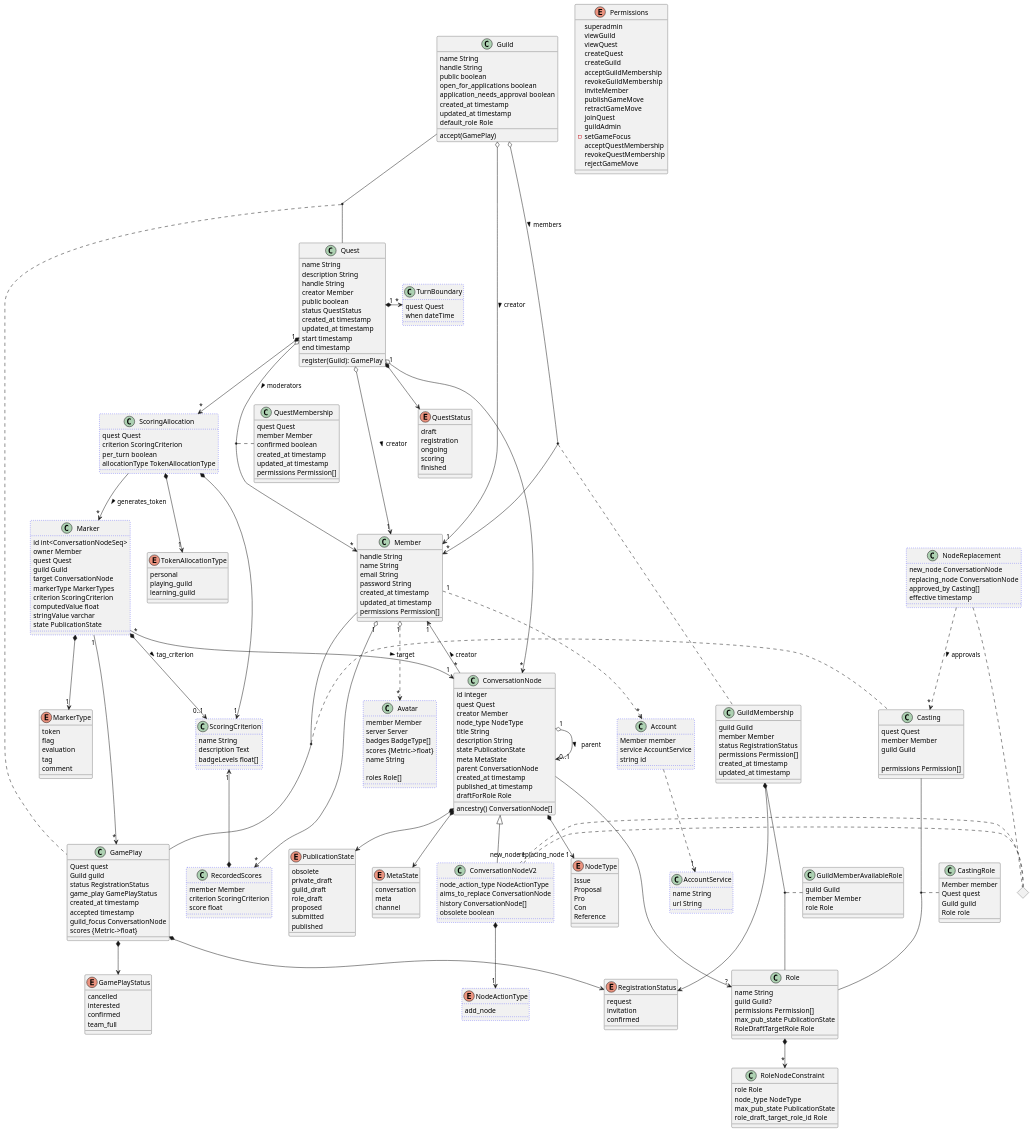
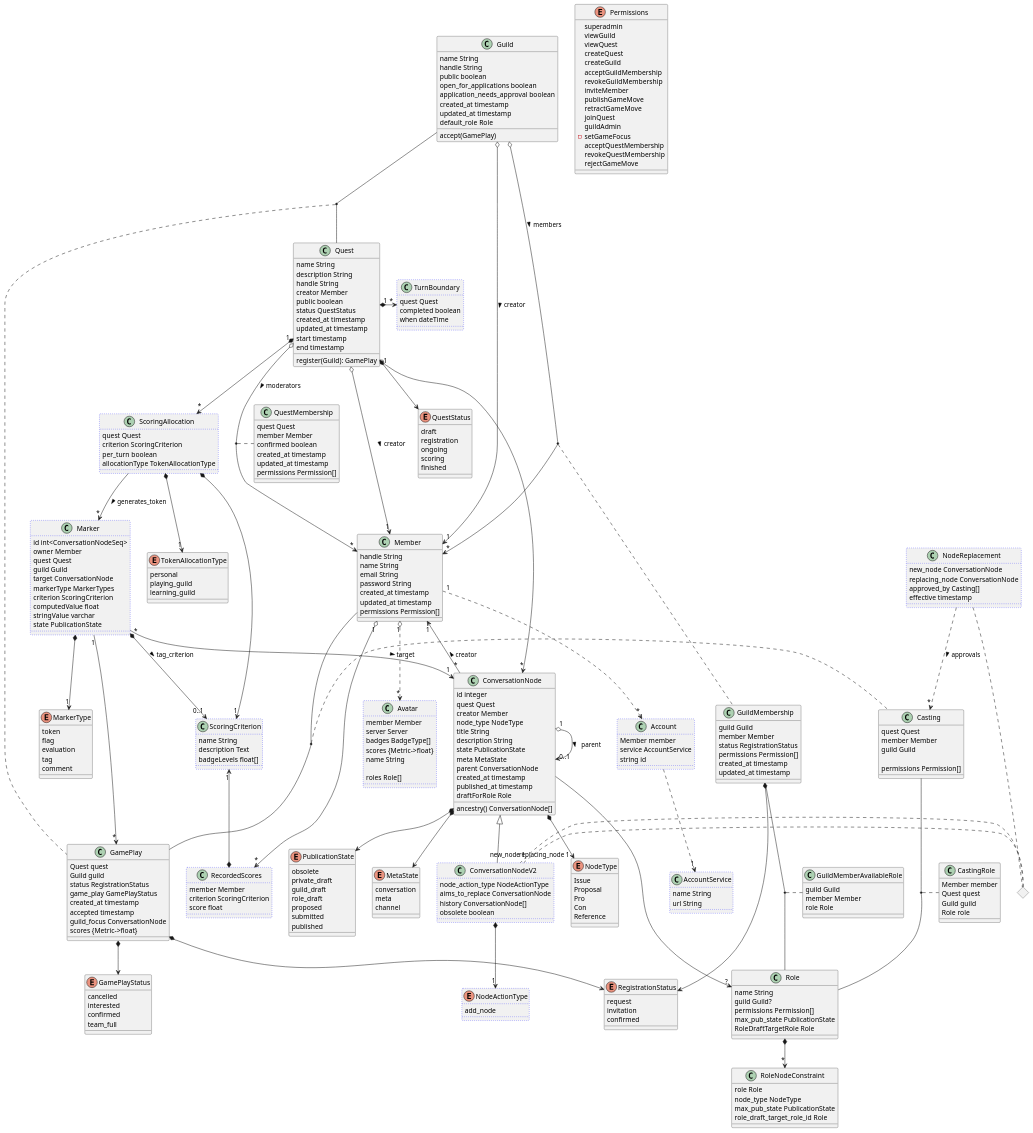
Before and after one commit to topicquests/sensecraft: the diagram in documentation/diagrams/sensecraft_planning.puml, drawn with PlantUML. The commit also changed 2 other files, not shown here.

```diff
--- a/documentation/diagrams/sensecraft_planning.puml
+++ b/documentation/diagrams/sensecraft_planning.puml
@@ -50,7 +50,7 @@
     'What when many players contributed to that move?'
     stringValue varchar
     ' Costly... tag ref?'
-    state PublicationState 
+    state PublicationState
   }
 
 Marker "*" --> "1" ConversationNode  :> target
@@ -125,6 +125,7 @@
 
   class TurnBoundary #line.dotted:blue {
     quest Quest
+    completed boolean
     when dateTime
   }
 
```
